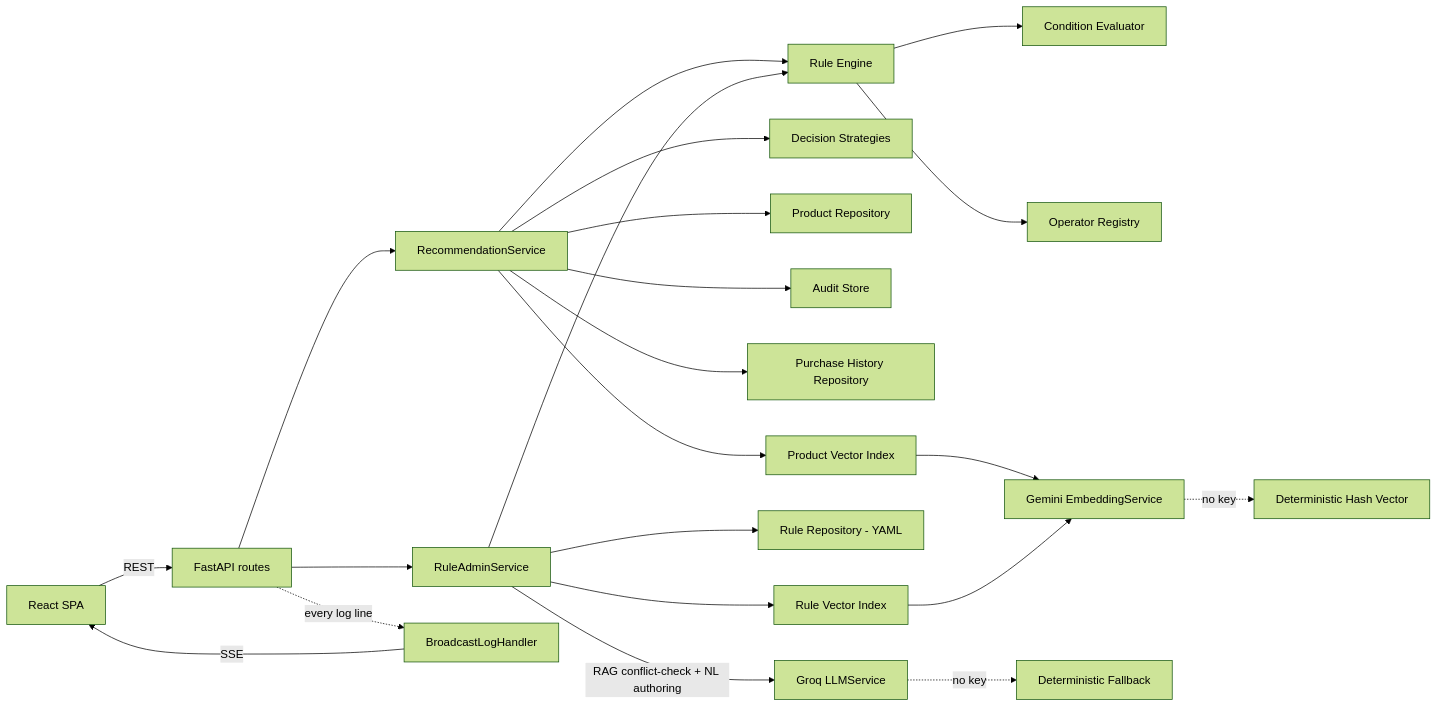
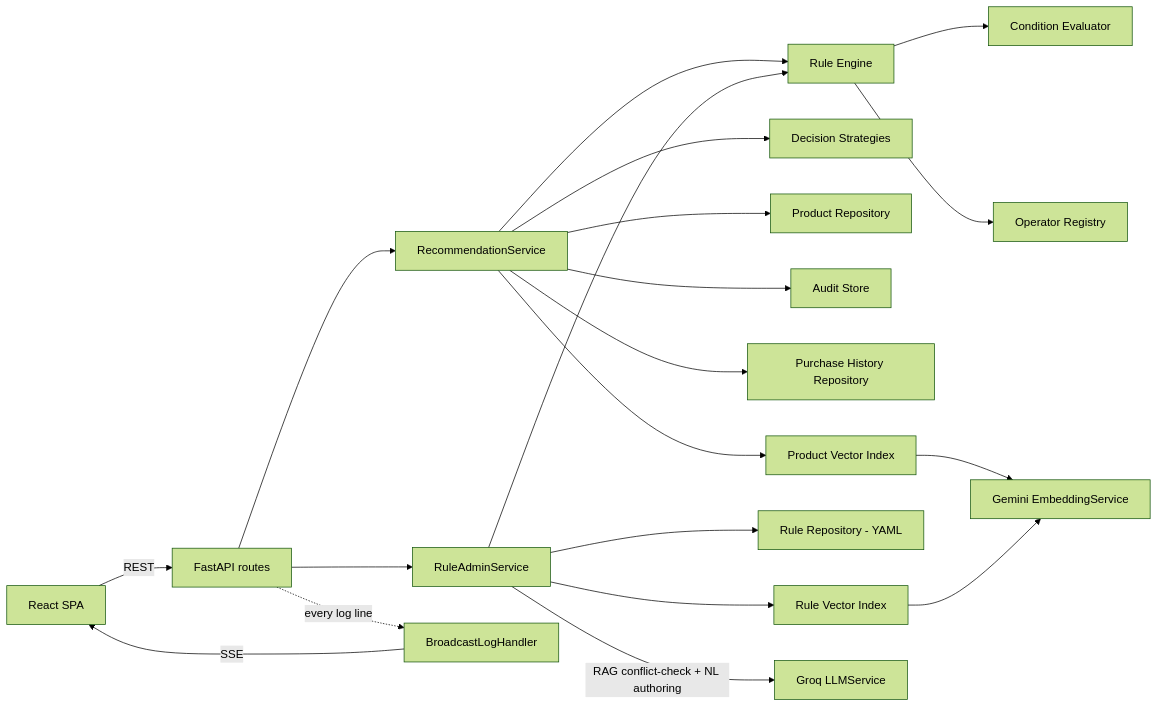
Before and after one commit to AbhiTyagi012/hackathon_problem_4_solution: the diagram in README.md, drawn with Mermaid (forest theme).

Commit message:
minor modifications

````diff
--- a/README.md
+++ b/README.md
@@ -42,24 +42,22 @@
 ```mermaid
 flowchart LR
     UI[React SPA] -->|REST| API[FastAPI routes]
     API --> RS[RecommendationService]
     API --> RAS[RuleAdminService]
     RS --> ENGINE[Rule Engine]
     RAS --> ENGINE
     ENGINE --> COND[Condition Evaluator]
     ENGINE --> OPS[Operator Registry]
     RS --> STRAT[Decision Strategies]
     RS --> CATALOG[Product Repository]
     RS --> AUDIT[Audit Store]
     RS --> HIST[Purchase History Repository]
     RS --> VEC[Product Vector Index]
     VEC --> EMB[Gemini EmbeddingService]
     RAS --> RULES[Rule Repository - YAML]
     RAS --> RVEC[Rule Vector Index]
     RVEC --> EMB
     RAS -->|RAG conflict-check + NL authoring| LLM[Groq LLMService]
-    LLM -. no key .-> FALLBACK[Deterministic Fallback]
-    EMB -. no key .-> HASHFALLBACK[Deterministic Hash Vector]
     API -.every log line.-> LOGH[BroadcastLogHandler]
     LOGH -->|SSE| UI
 ```
````
